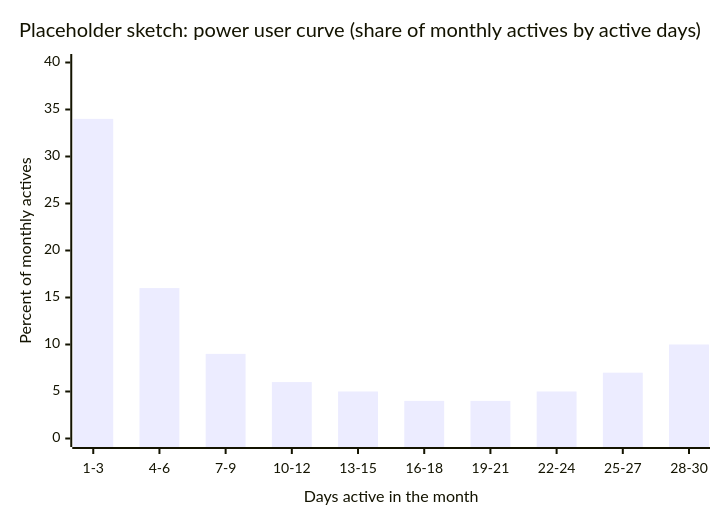
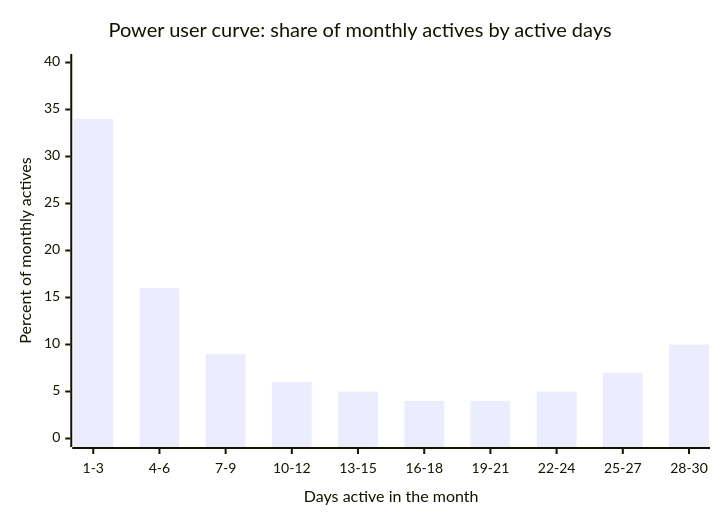
Before and after one commit to h3qing/open-analytics-framework: the first of 3 diagrams in docs/metrics/active-users.md, drawn with Mermaid. The commit also changed other lines of this file and 1 other file, not shown here.

First line of the commit message:
docs: answer the seven open questions on active users, and summarize the filings as a table

````diff
--- a/docs/metrics/active-users.md
+++ b/docs/metrics/active-users.md
@@ -84,7 +91,7 @@
 ```mermaid
 xychart-beta
-    title "Placeholder sketch: power user curve (share of monthly actives by active days)"
+    title "Power user curve: share of monthly actives by active days"
     x-axis "Days active in the month" ["1-3", "4-6", "7-9", "10-12", "13-15", "16-18", "19-21", "22-24", "25-27", "28-30"]
     y-axis "Percent of monthly actives" 0 --> 40
     bar [34, 16, 9, 6, 5, 4, 4, 5, 7, 10]
 ```
````
